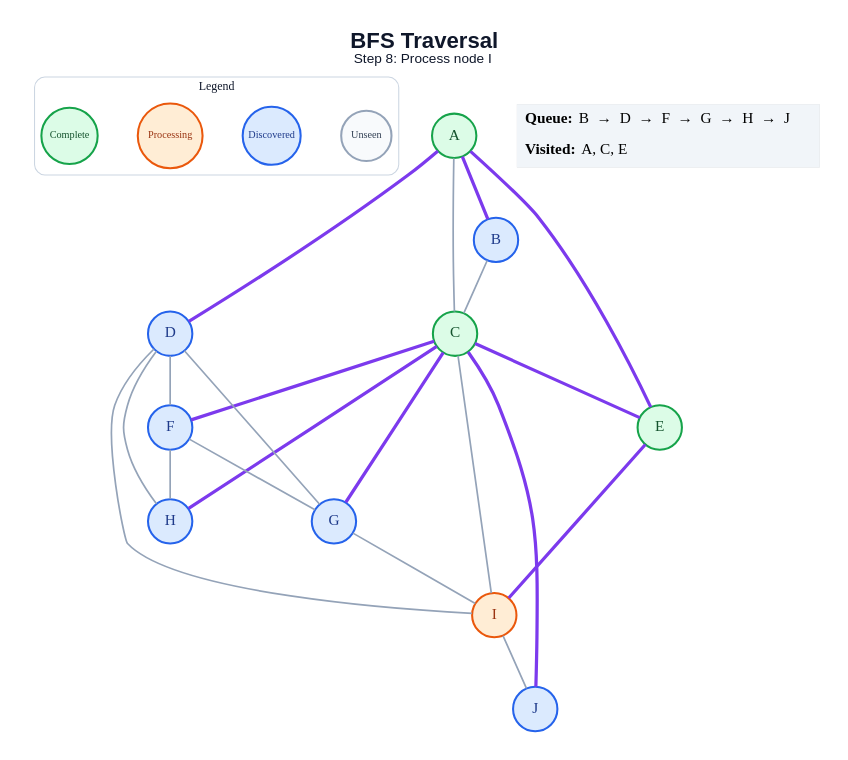
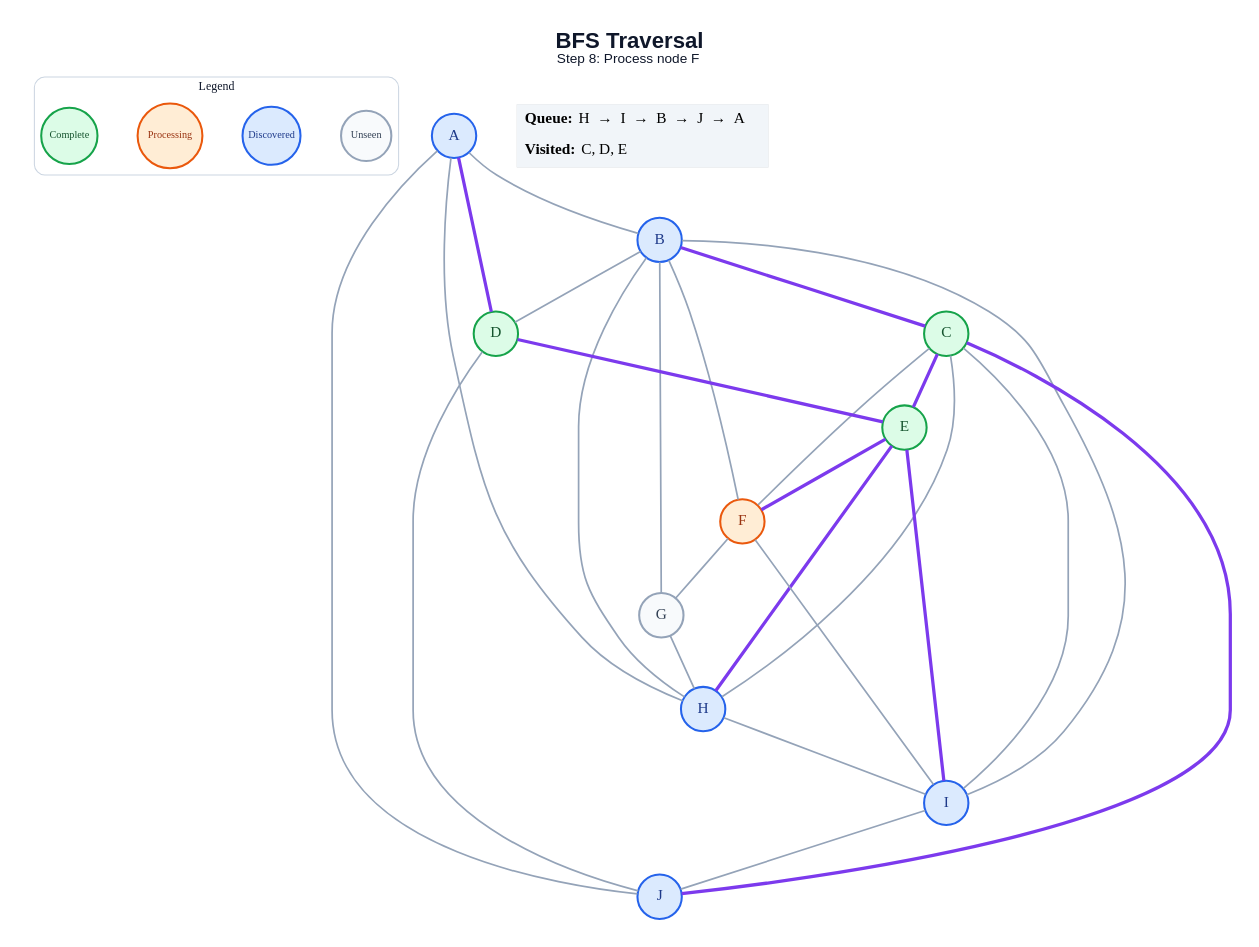
Before and after one commit to amanghodawala9/ai-slop: the diagram in generated/specific-node/bfs/step_08.dot, drawn with Graphviz. The commit also changed 178 other files, not shown here.

```diff
--- a/generated/specific-node/bfs/step_08.dot
+++ b/generated/specific-node/bfs/step_08.dot
@@ -1,49 +1,54 @@
 graph traversal {
   graph [layout=dot, rankdir=TB, bgcolor="#FFFFFF", pad="0.35", nodesep="0.65", ranksep="0.8", fontname="Arial"];
   node [shape=circle, style="filled", fontname="Arial Bold", fontsize=18, width=0.72, fixedsize=true, penwidth=2.4];
   edge [color="#94A3B8", penwidth=2.0];
-  label=<<B>BFS Traversal</B><BR/><FONT POINT-SIZE="16">Step 8: Process node I</FONT>>; labelloc="t"; fontsize=26; fontname="Arial"; fontcolor="#0F172A";
+  label=<<B>BFS Traversal</B><BR/><FONT POINT-SIZE="16">Step 8: Process node F</FONT>>; labelloc="t"; fontsize=26; fontname="Arial"; fontcolor="#0F172A";
   subgraph cluster_legend { label="Legend"; color="#CBD5E1"; penwidth=1.2; style="rounded"; fontsize=14; fontname="Arial Bold";
     key_unseen [label="Unseen", fillcolor="#F8FAFC", color="#94A3B8", fontcolor="#334155", fontsize=12, width=0.82];
     key_frontier [label="Discovered", fillcolor="#DBEAFE", color="#2563EB", fontcolor="#1E3A8A", fontsize=12, width=0.95];
     key_current [label="Processing", fillcolor="#FFEDD5", color="#EA580C", fontcolor="#9A3412", fontsize=12, width=1.05];
     key_done [label="Complete", fillcolor="#DCFCE7", color="#16A34A", fontcolor="#14532D", fontsize=12, width=0.92];
     { rank=same; key_unseen; key_frontier; key_current; key_done; }
   }
-  A [fillcolor="#DCFCE7", color="#16A34A", fontcolor="#14532D"];
+  A [fillcolor="#DBEAFE", color="#2563EB", fontcolor="#1E3A8A"];
   B [fillcolor="#DBEAFE", color="#2563EB", fontcolor="#1E3A8A"];
   C [fillcolor="#DCFCE7", color="#16A34A", fontcolor="#14532D"];
-  D [fillcolor="#DBEAFE", color="#2563EB", fontcolor="#1E3A8A"];
+  D [fillcolor="#DCFCE7", color="#16A34A", fontcolor="#14532D"];
   E [fillcolor="#DCFCE7", color="#16A34A", fontcolor="#14532D"];
-  F [fillcolor="#DBEAFE", color="#2563EB", fontcolor="#1E3A8A"];
-  G [fillcolor="#DBEAFE", color="#2563EB", fontcolor="#1E3A8A"];
+  F [fillcolor="#FFEDD5", color="#EA580C", fontcolor="#9A3412"];
+  G [fillcolor="#F8FAFC", color="#94A3B8", fontcolor="#334155"];
   H [fillcolor="#DBEAFE", color="#2563EB", fontcolor="#1E3A8A"];
-  I [fillcolor="#FFEDD5", color="#EA580C", fontcolor="#9A3412"];
+  I [fillcolor="#DBEAFE", color="#2563EB", fontcolor="#1E3A8A"];
   J [fillcolor="#DBEAFE", color="#2563EB", fontcolor="#1E3A8A"];
-  A -- B [color="#7C3AED", penwidth=3.8];
-  A -- C;
+  A -- B;
   A -- D [color="#7C3AED", penwidth=3.8];
-  A -- E [color="#7C3AED", penwidth=3.8];
-  B -- C;
+  A -- H;
+  A -- J;
+  B -- C [color="#7C3AED", penwidth=3.8];
+  B -- D;
+  B -- F;
+  B -- G;
+  B -- H;
+  B -- I;
   C -- E [color="#7C3AED", penwidth=3.8];
-  C -- F [color="#7C3AED", penwidth=3.8];
-  C -- G [color="#7C3AED", penwidth=3.8];
-  C -- H [color="#7C3AED", penwidth=3.8];
+  C -- F;
+  C -- H;
   C -- I;
   C -- J [color="#7C3AED", penwidth=3.8];
-  D -- F;
-  D -- G;
-  D -- H;
-  D -- I;
+  D -- E [color="#7C3AED", penwidth=3.8];
+  D -- J;
+  E -- F [color="#7C3AED", penwidth=3.8];
+  E -- H [color="#7C3AED", penwidth=3.8];
   E -- I [color="#7C3AED", penwidth=3.8];
   F -- G;
-  F -- H;
-  G -- I;
+  F -- I;
+  G -- H;
+  H -- I;
   I -- J;
   status [shape=plain, fixedsize=false, width=0, height=0, margin=0, label=<
     <TABLE BORDER="0" CELLBORDER="0" CELLPADDING="7" BGCOLOR="#F1F5F9">
-      <TR><TD ALIGN="LEFT"><B>Queue:</B> B  →  D  →  F  →  G  →  H  →  J</TD></TR>
-      <TR><TD ALIGN="LEFT"><B>Visited:</B> A, C, E</TD></TR>
+      <TR><TD ALIGN="LEFT"><B>Queue:</B> H  →  I  →  B  →  J  →  A</TD></TR>
+      <TR><TD ALIGN="LEFT"><B>Visited:</B> C, D, E</TD></TR>
     </TABLE>
   >];
 }
```
